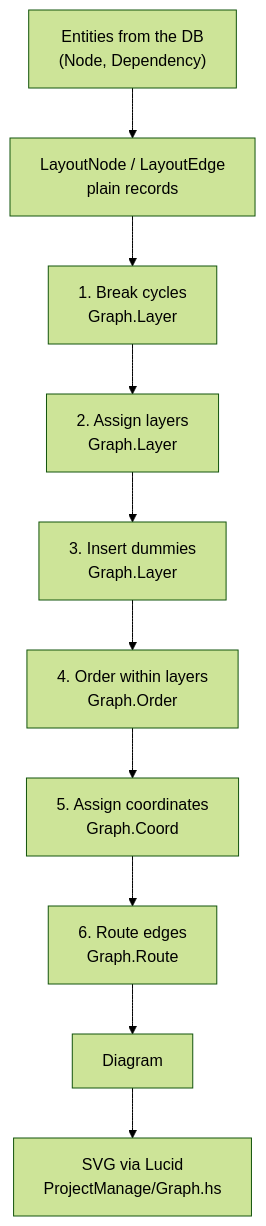
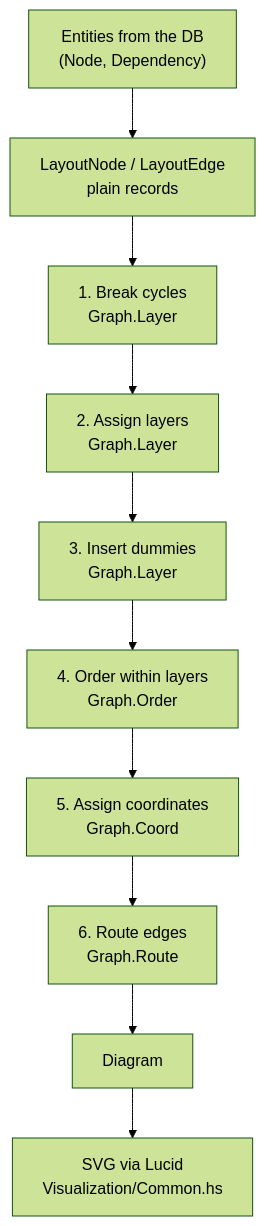
Before and after one commit to v12-Industry/typeio_2: the diagram in docs/architecture/graph-rendering.md, drawn with Mermaid (forest theme). The commit also changed other lines of this file and 18 other files, not shown here.

````diff
--- a/docs/architecture/graph-rendering.md
+++ b/docs/architecture/graph-rendering.md
@@ -58,12 +58,12 @@
 ```mermaid
 flowchart TD
     A["Entities from the DB<br/>(Node, Dependency)"] --> B
     B["LayoutNode / LayoutEdge<br/>plain records"] --> C
     C["1. Break cycles<br/>Graph.Layer"] --> D
     D["2. Assign layers<br/>Graph.Layer"] --> E
     E["3. Insert dummies<br/>Graph.Layer"] --> F
     F["4. Order within layers<br/>Graph.Order"] --> G
     G["5. Assign coordinates<br/>Graph.Coord"] --> H
     H["6. Route edges<br/>Graph.Route"] --> I
-    I["Diagram"] --> J["SVG via Lucid<br/>ProjectManage/Graph.hs"]
+    I["Diagram"] --> J["SVG via Lucid<br/>Visualization/Common.hs"]
 ```
````
